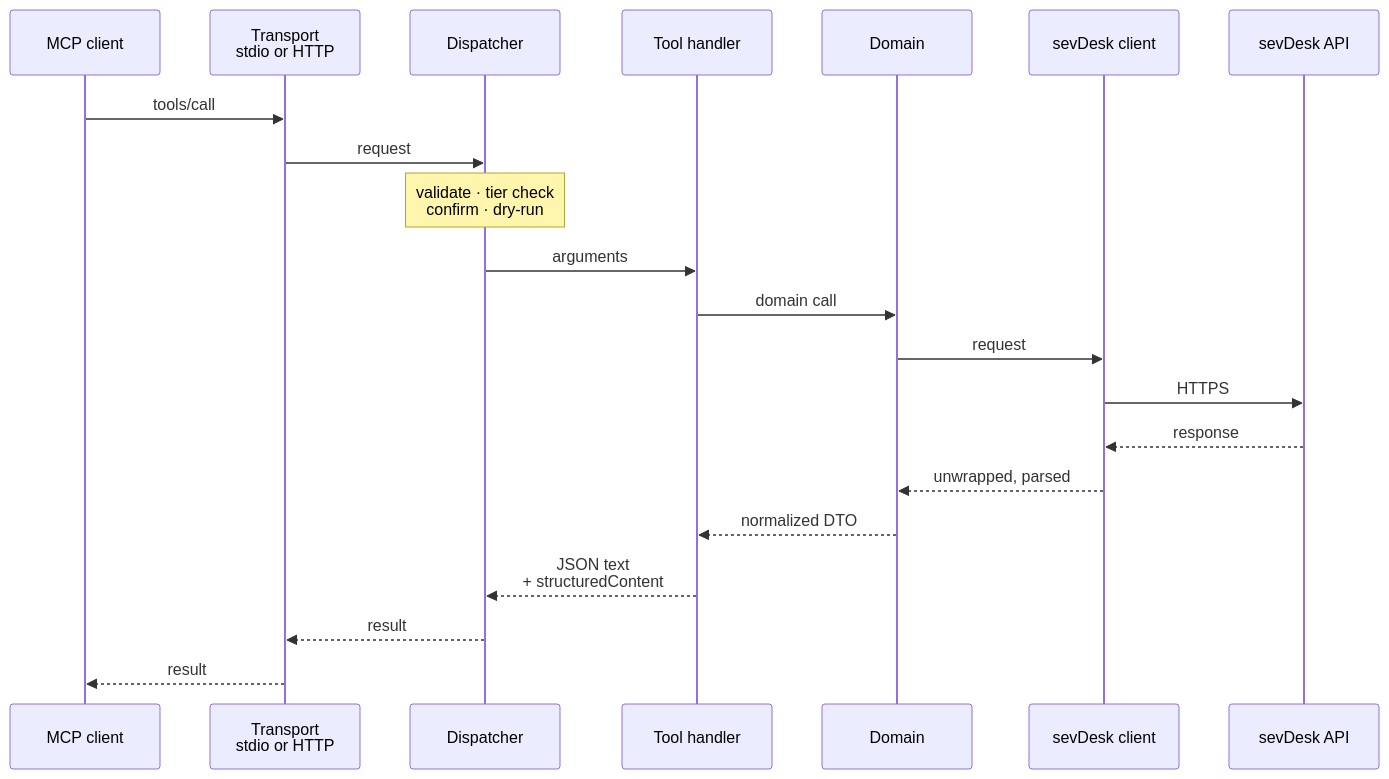
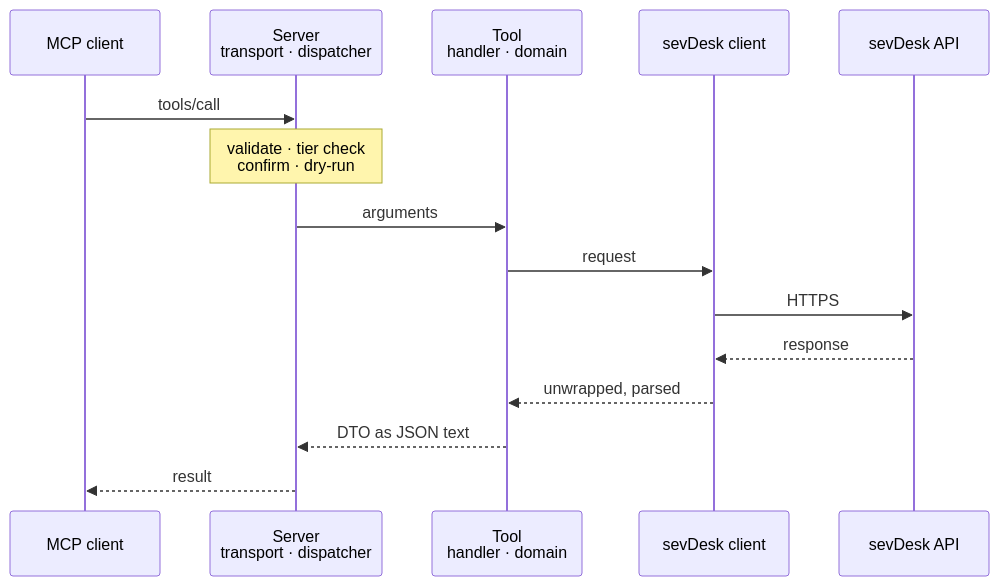
The diagram in docs/architecture.md (jaylann/mcp-server-sevdesk), drawn with Mermaid before and after one commit. The commit also changed other lines of this file and 27 other files, not shown here.

````diff
--- a/docs/architecture.md
+++ b/docs/architecture.md
@@ -131,23 +131,17 @@
 ```mermaid
 sequenceDiagram
   participant C as MCP client
-  participant T as Transport<br/>stdio or HTTP
-  participant D as Dispatcher
-  participant H as Tool handler
-  participant S as Domain
+  participant D as Server<br/>transport · dispatcher
+  participant H as Tool<br/>handler · domain
   participant K as sevDesk client
   participant A as sevDesk API
-  C->>T: tools/call
-  T->>D: request
+  C->>D: tools/call
   Note over D: validate · tier check<br/>confirm · dry-run
   D->>H: arguments
-  H->>S: domain call
-  S->>K: request
+  H->>K: request
   K->>A: HTTPS
   A-->>K: response
-  K-->>S: unwrapped, parsed
-  S-->>H: normalized DTO
-  H-->>D: JSON text<br/>+ structuredContent
-  D-->>T: result
-  T-->>C: result
+  K-->>H: unwrapped, parsed
+  H-->>D: DTO as JSON text
+  D-->>C: result
 ```
````
